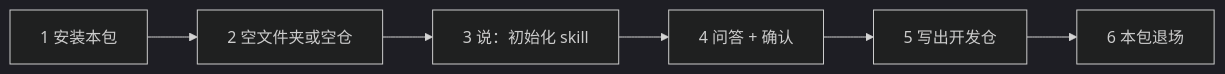
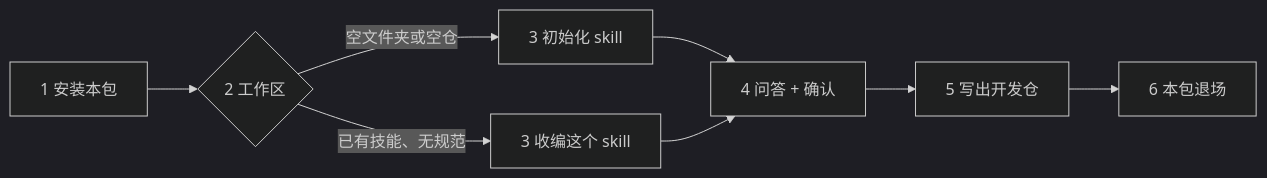
One commit to qiusuo0226/skill-devkit-skill changed the diagram in README.md. Above: the diagram before and after it, drawn with Mermaid (dark theme). The commit also changed other lines of this file, not shown here.

````diff
--- a/README.md
+++ b/README.md
@@ -48,8 +48,10 @@
 ```mermaid
 flowchart LR
-    A["1 安装本包"] --> B["2 空文件夹或空仓"]
-    B --> C["3 说：初始化 skill"]
-    C --> D["4 问答 + 确认"]
-    D --> E["5 写出开发仓"]
-    E --> F["6 本包退场"]
+    A["1 安装本包"] --> B{"2 工作区"}
+    B -->|"空文件夹或空仓"| C["3 初始化 skill"]
+    B -->|"已有技能、无规范"| D["3 收编这个 skill"]
+    C --> E["4 问答 + 确认"]
+    D --> E
+    E --> F["5 写出开发仓"]
+    F --> G["6 本包退场"]
 ```
````
